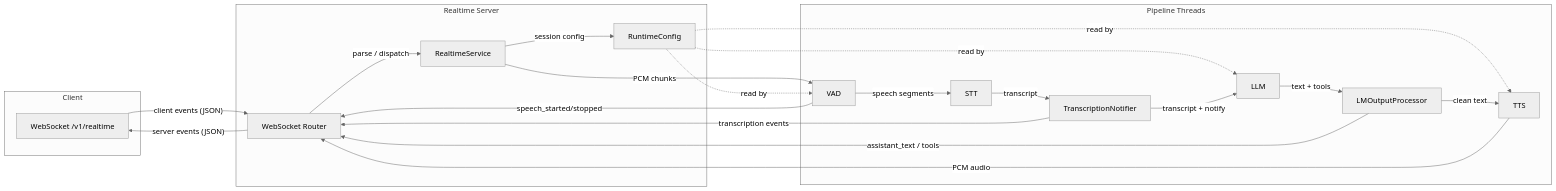
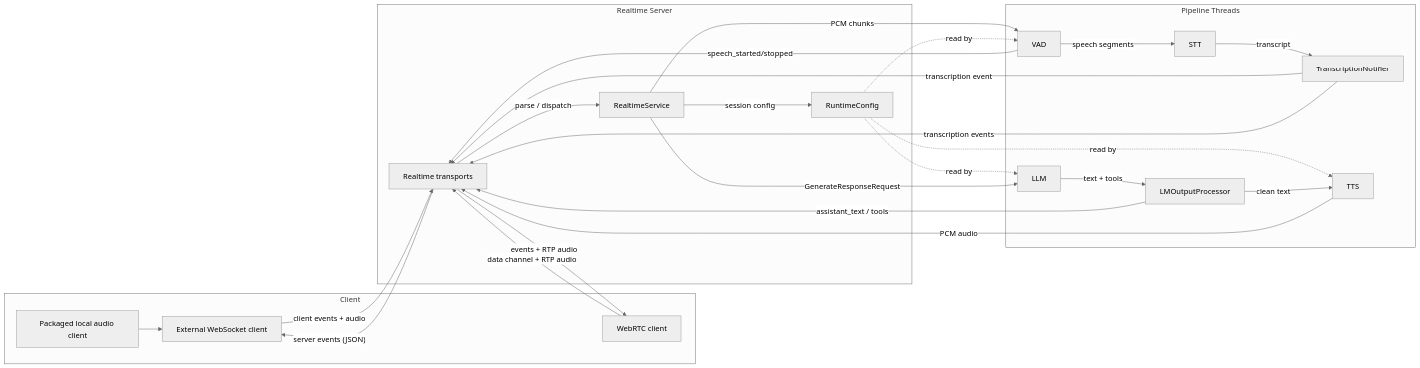
One commit to JavidAAA/Convert_Speech changed the first of 2 diagrams in src/speech_to_speech/api/openai_realtime/README.md. Above: the diagram before and after it, drawn with Mermaid (neutral theme). The commit also changed other lines of this file and 38 other files, not shown here.

````diff
--- a/src/speech_to_speech/api/openai_realtime/README.md
+++ b/src/speech_to_speech/api/openai_realtime/README.md
@@ -5,37 +5,43 @@
 ```mermaid
 flowchart LR
     subgraph client [Client]
-        WS["WebSocket /v1/realtime"]
+        Local["Packaged local audio client"]
+        WS["External WebSocket client"]
+        RTC["WebRTC client"]
     end
 
     subgraph server [Realtime Server]
-        Router["WebSocket Router"]
+        Router["Realtime transports"]
         Service["RealtimeService"]
         Config["RuntimeConfig"]
     end
 
     subgraph pipeline [Pipeline Threads]
         VAD["VAD"]
         STT["STT"]
         TN["TranscriptionNotifier"]
         LLM["LLM"]
         Proc["LMOutputProcessor"]
         TTS["TTS"]
     end
 
-    WS -- "client events (JSON)" --> Router
+    Local --> WS
+    WS -- "client events + audio" --> Router
+    RTC -- "data channel + RTP audio" --> Router
     Router -- "parse / dispatch" --> Service
     Service -- "PCM chunks" --> VAD
     Service -- "session config" --> Config
     Config -. "read by" .-> VAD & LLM & TTS
     VAD -- "speech segments" --> STT
     STT -- "transcript" --> TN
-    TN -- "transcript + notify" --> LLM
+    TN -- "transcription event" --> Router
+    Service -- "GenerateResponseRequest" --> LLM
     LLM -- "text + tools" --> Proc
     Proc -- "clean text" --> TTS
     TTS -- "PCM audio" --> Router
     Proc -- "assistant_text / tools" --> Router
     VAD -- "speech_started/stopped" --> Router
     TN -- "transcription events" --> Router
     Router -- "server events (JSON)" --> WS
+    Router -- "events + RTP audio" --> RTC
 ```
````
